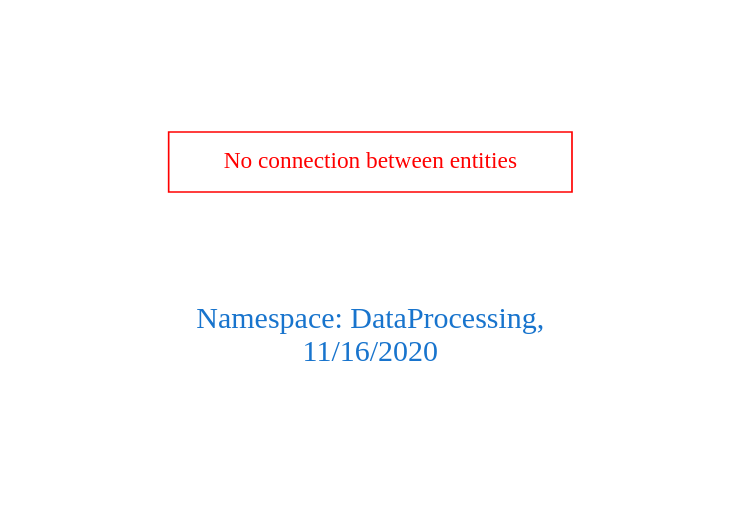
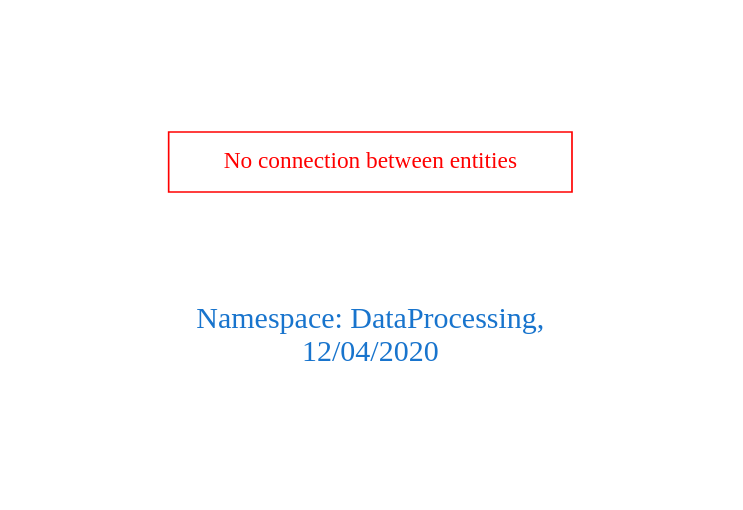
One commit to arago/OGIT changed the diagram in downloads/DataProcessing.dot. Above: the diagram before and after it, drawn with Graphviz. The commit also changed 1822 other files, not shown here.

```diff
--- a/downloads/DataProcessing.dot
+++ b/downloads/DataProcessing.dot
@@ -1,9 +1,9 @@
 digraph OGIT_ontology {
  graph [ rankdir= LR,pad=1 
 fontsize = 18,
-fontcolor= dodgerblue3,label = "\n\n\nNamespace: DataProcessing, \n 11/16/2020"];
+fontcolor= dodgerblue3,label = "\n\n\nNamespace: DataProcessing, \n 12/04/2020"];
 node[shape=polygon];
 edge [  color="gray81"];
 
 "No connection between entities" [fontcolor = "red",color="red", shape="polygon"]
 }
```
